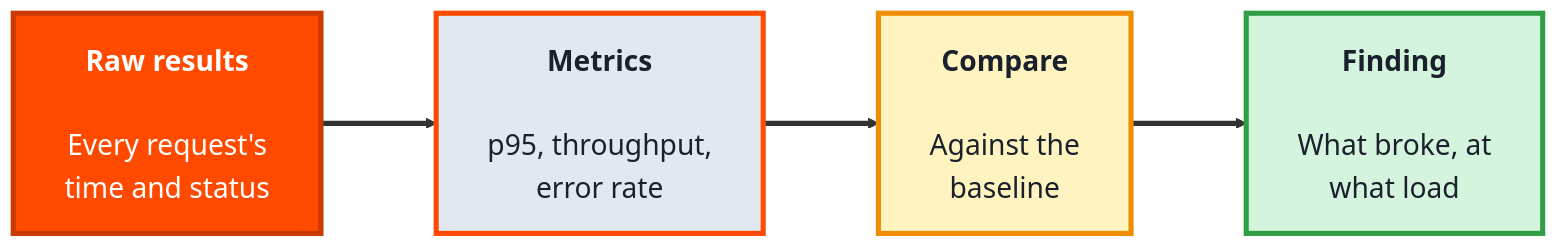
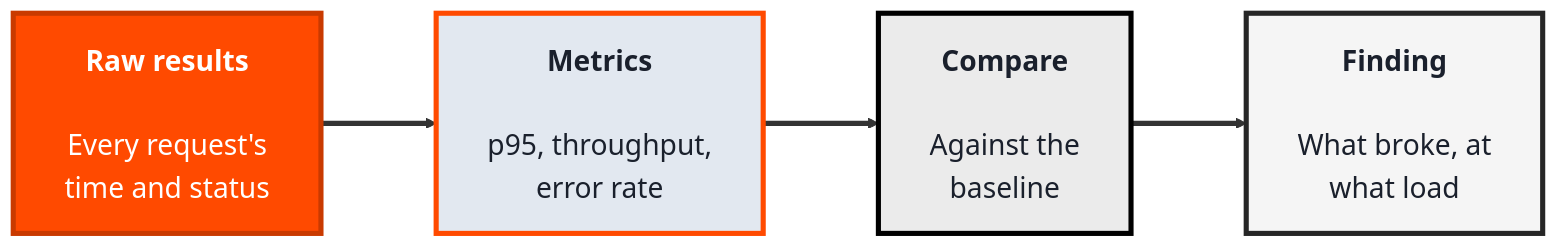
The third of 3 diagrams in src/Pages/courses/TechQA/module-5-performance-testing.md (SHEMODELTECH/shemodeltech), drawn with Mermaid before and after one commit. The commit also changed other lines of this file and 46 other files, not shown here.

````diff
--- a/src/Pages/courses/TechQA/module-5-performance-testing.md
+++ b/src/Pages/courses/TechQA/module-5-performance-testing.md
@@ -142,16 +142,16 @@
 ```mermaid
 %%{init: {'theme':'base', 'themeVariables': {'fontSize':'22px', 'primaryTextColor':'#1a202c', 'primaryBorderColor':'#c93a00', 'lineColor':'#333333'}, 'flowchart': {'nodeSpacing': 70, 'rankSpacing': 90, 'padding': 20}}}%%
 flowchart LR
     RAW["<b>Raw results</b><br/><br/>Every request's<br/>time and status"]
     MET["<b>Metrics</b><br/><br/>p95, throughput,<br/>error rate"]
     CMP["<b>Compare</b><br/><br/>Against the<br/>baseline"]
     FIND["<b>Finding</b><br/><br/>What broke, at<br/>what load"]
 
     RAW ==> MET ==> CMP ==> FIND
 
     style RAW fill:#ff4a00,color:#fff,stroke:#c93a00,stroke-width:4px
     style MET fill:#e2e8f0,color:#1a202c,stroke:#ff4a00,stroke-width:4px
-    style CMP fill:#fff3bf,color:#1a202c,stroke:#f08c00,stroke-width:4px
-    style FIND fill:#d4f4dd,color:#1a202c,stroke:#2f9e44,stroke-width:4px
+    style CMP fill:#EBEBEB,color:#1a202c,stroke:#000000,stroke-width:4px
+    style FIND fill:#F5F5F5,color:#1a202c,stroke:#262626,stroke-width:4px
     linkStyle default stroke-width:4px,stroke:#333333
 ```
````
